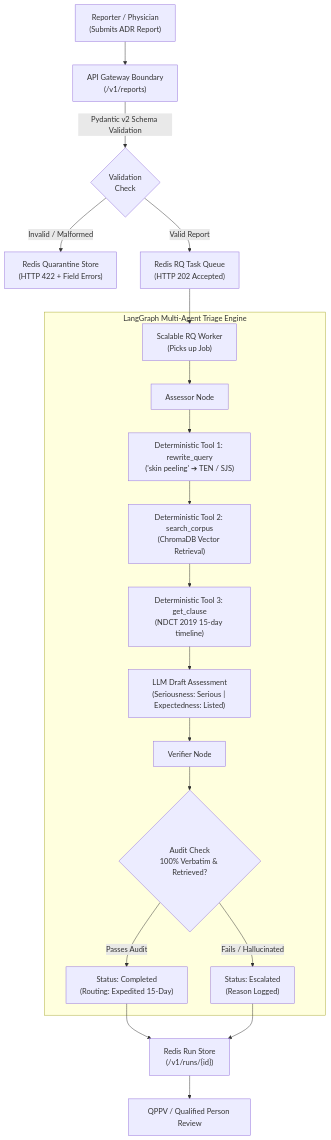
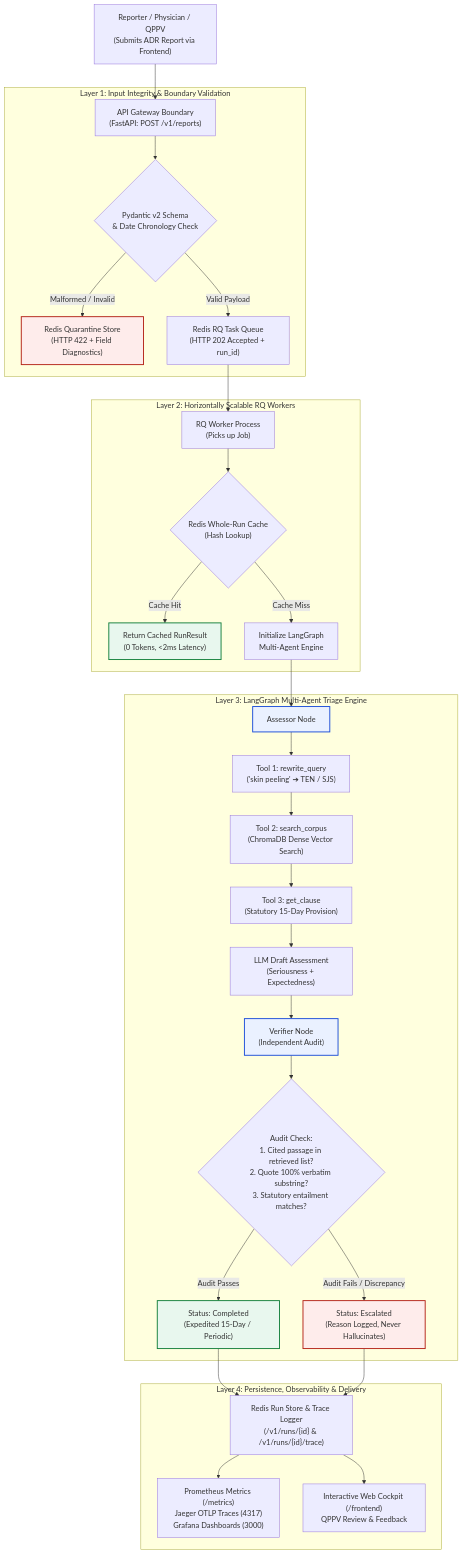
The first of 2 diagrams in README.md (kishorm3795/PV-Triage), drawn with Mermaid before and after one commit. The commit also changed other lines of this file, not shown here.

First line of the commit message:
docs(readme): rewrite master documentation with end-to-end architecture, clinical walkthrough, and audit compliance

````diff
--- a/README.md
+++ b/README.md
@@ -55,24 +69,43 @@
 ```mermaid
 flowchart TD
-    A["Reporter / Physician<br/>(Submits ADR Report)"] --> B["API Gateway Boundary<br/>(/v1/reports)"]
-    B -->|Pydantic v2 Schema Validation| C{"Validation<br/>Check"}
-    C -->|Invalid / Malformed| D["Redis Quarantine Store<br/>(HTTP 422 + Field Errors)"]
-    C -->|Valid Report| E["Redis RQ Task Queue<br/>(HTTP 202 Accepted)"]
-    E --> F["Scalable RQ Worker<br/>(Picks up Job)"]
+    A["Reporter / Physician / QPPV<br/>(Submits ADR Report via Frontend)"] --> B["API Gateway Boundary<br/>(FastAPI: POST /v1/reports)"]
     
-    subgraph MultiAgentGraph ["LangGraph Multi-Agent Triage Engine"]
-        F --> G["Assessor Node"]
-        G --> H["Deterministic Tool 1: rewrite_query<br/>('skin peeling' ➔ TEN / SJS)"]
-        H --> I["Deterministic Tool 2: search_corpus<br/>(ChromaDB Vector Retrieval)"]
-        I --> J["Deterministic Tool 3: get_clause<br/>(NDCT 2019 15-day timeline)"]
-        J --> K["LLM Draft Assessment<br/>(Seriousness: Serious | Expectedness: Listed)"]
-        K --> L["Verifier Node"]
-        L --> M{"Audit Check<br/>100% Verbatim & Retrieved?"}
-        M -->|Fails / Hallucinated| N["Status: Escalated<br/>(Reason Logged)"]
-        M -->|Passes Audit| O["Status: Completed<br/>(Routing: Expedited 15-Day)"]
+    subgraph BoundaryValidation ["Layer 1: Input Integrity & Boundary Validation"]
+        B --> C{"Pydantic v2 Schema<br/>& Date Chronology Check"}
+        C -->|Malformed / Invalid| D["Redis Quarantine Store<br/>(HTTP 422 + Field Diagnostics)"]
+        C -->|Valid Payload| E["Redis RQ Task Queue<br/>(HTTP 202 Accepted + run_id)"]
     end
 
-    O --> P["Redis Run Store<br/>(/v1/runs/{id})"]
-    N --> P
-    P --> Q["QPPV / Qualified Person Review"]
+    subgraph WorkerPool ["Layer 2: Horizontally Scalable RQ Workers"]
+        E --> F["RQ Worker Process<br/>(Picks up Job)"]
+        F --> G{"Redis Whole-Run Cache<br/>(Hash Lookup)"}
+        G -->|Cache Hit| H["Return Cached RunResult<br/>(0 Tokens, &lt;2ms Latency)"]
+        G -->|Cache Miss| I["Initialize LangGraph<br/>Multi-Agent Engine"]
+    end
+
+    subgraph MultiAgentGraph ["Layer 3: LangGraph Multi-Agent Triage Engine"]
+        I --> J["Assessor Node"]
+        J --> K["Tool 1: rewrite_query<br/>('skin peeling' ➔ TEN / SJS)"]
+        K --> L["Tool 2: search_corpus<br/>(ChromaDB Dense Vector Search)"]
+        L --> M["Tool 3: get_clause<br/>(Statutory 15-Day Provision)"]
+        M --> N["LLM Draft Assessment<br/>(Seriousness + Expectedness)"]
+        N --> O["Verifier Node<br/>(Independent Audit)"]
+        O --> P{"Audit Check:<br/>1. Cited passage in retrieved list?<br/>2. Quote 100% verbatim substring?<br/>3. Statutory entailment matches?"}
+        P -->|Audit Fails / Discrepancy| Q["Status: Escalated<br/>(Reason Logged, Never Hallucinates)"]
+        P -->|Audit Passes| R["Status: Completed<br/>(Expedited 15-Day / Periodic)"]
+    end
+
+    subgraph Persistence ["Layer 4: Persistence, Observability & Delivery"]
+        R --> S["Redis Run Store & Trace Logger<br/>(/v1/runs/{id} & /v1/runs/{id}/trace)"]
+        Q --> S
+        S --> T["Prometheus Metrics (/metrics)<br/>Jaeger OTLP Traces (4317)<br/>Grafana Dashboards (3000)"]
+        S --> U["Interactive Web Cockpit (/frontend)<br/>QPPV Review & Feedback"]
+    end
+
+    classDef valid fill:#E8F7EE,stroke:#15803D,stroke-width:2px;
+    classDef invalid fill:#FEECEB,stroke:#B42318,stroke-width:2px;
+    classDef agent fill:#EAF1FF,stroke:#1D4ED8,stroke-width:2px;
+    class R,H valid;
+    class D,Q invalid;
+    class J,O agent;
 ```
````
